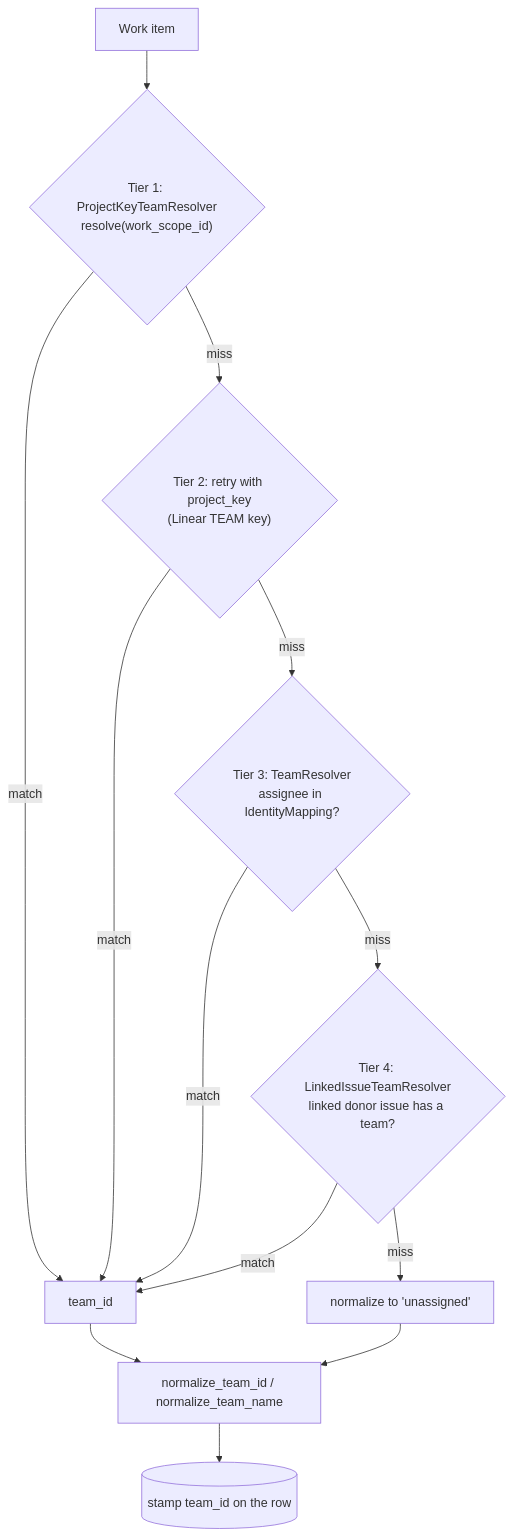
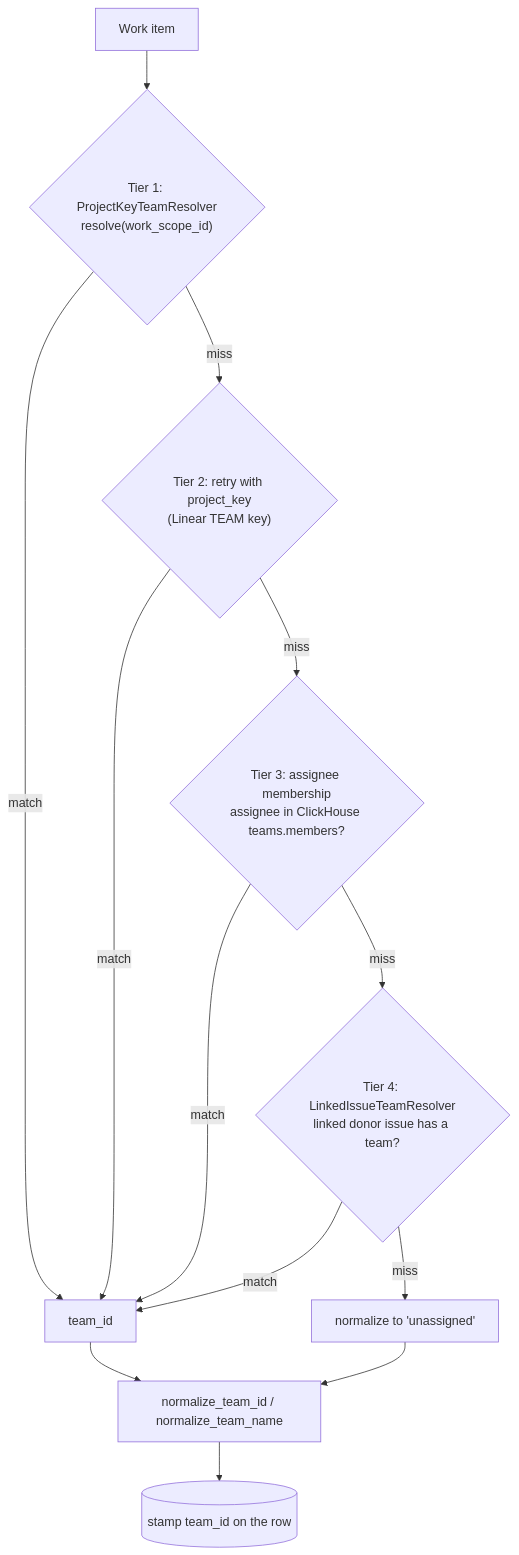
Before and after one commit to full-chaos/dev-health-ops: the second of 6 diagrams in docs/architecture/team-attribution.md, drawn with Mermaid. The commit also changed other lines of this file and 77 other files, not shown here.

First line of the commit message:
CHAOS-2600: ClickHouse-only team attribution (CS0–CS6) → main (#1024)

````diff
--- a/docs/architecture/team-attribution.md
+++ b/docs/architecture/team-attribution.md
@@ -36,16 +190,16 @@
 ```mermaid
 flowchart TD
     A["Work item"] --> B{"Tier 1: ProjectKeyTeamResolver<br/>resolve(work_scope_id)"}
     B -- match --> T["team_id"]
     B -- miss --> C{"Tier 2: retry with project_key<br/>(Linear TEAM key)"}
     C -- match --> T
-    C -- miss --> D{"Tier 3: TeamResolver<br/>assignee in IdentityMapping?"}
+    C -- miss --> D{"Tier 3: assignee membership<br/>assignee in ClickHouse teams.members?"}
     D -- match --> T
     D -- miss --> E{"Tier 4: LinkedIssueTeamResolver<br/>linked donor issue has a team?"}
     E -- match --> T
     E -- miss --> U["normalize to 'unassigned'"]
 
     T --> N["normalize_team_id / normalize_team_name"]
     U --> N
     N --> R[("stamp team_id on the row")]
 ```
````
